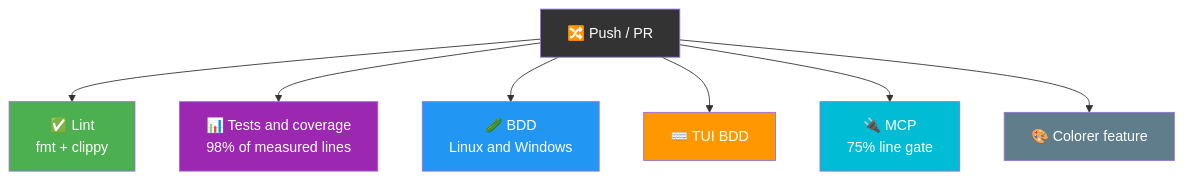
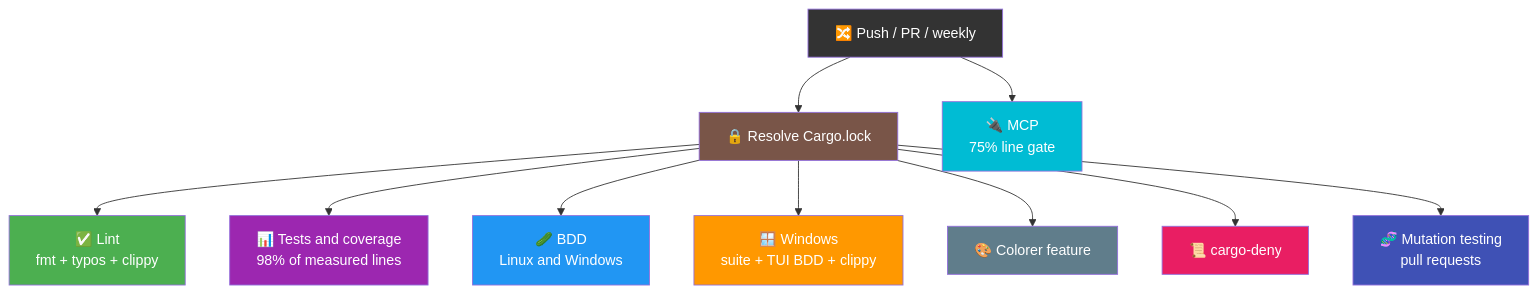
Diagram 11 of 11 in TUTORIAL.md (stden/FunnyFileManager), drawn with Mermaid before and after one commit. The commit also changed other lines of this file and 10 other files, not shown here.

````diff
--- a/TUTORIAL.md
+++ b/TUTORIAL.md
@@ -487,17 +486,23 @@
 ```mermaid
 graph TB
-    PUSH["🔀 Push / PR"] --> LINT["✅ Lint<br/>fmt + clippy"]
-    PUSH --> COVERAGE["📊 Tests and coverage<br/>98% of measured lines"]
-    PUSH --> BDD["🥒 BDD<br/>Linux and Windows"]
-    PUSH --> TUIBDD["⌨️ TUI BDD"]
+    PUSH["🔀 Push / PR / weekly"] --> LOCK["🔒 Resolve Cargo.lock"]
     PUSH --> MCP["🔌 MCP<br/>75% line gate"]
-    PUSH --> COLORER["🎨 Colorer feature"]
+    LOCK --> LINT["✅ Lint<br/>fmt + typos + clippy"]
+    LOCK --> COVERAGE["📊 Tests and coverage<br/>98% of measured lines"]
+    LOCK --> BDD["🥒 BDD<br/>Linux and Windows"]
+    LOCK --> WINDOWS["🪟 Windows<br/>suite + TUI BDD + clippy"]
+    LOCK --> COLORER["🎨 Colorer feature"]
+    LOCK --> DENY["📜 cargo-deny"]
+    LOCK --> MUTANTS["🧬 Mutation testing<br/>pull requests"]
 
     style PUSH fill:#333,color:#fff
+    style LOCK fill:#795548,color:#fff
     style LINT fill:#4caf50,color:#fff
     style COVERAGE fill:#9c27b0,color:#fff
     style BDD fill:#2196f3,color:#fff
-    style TUIBDD fill:#ff9800,color:#fff
+    style WINDOWS fill:#ff9800,color:#fff
     style MCP fill:#00bcd4,color:#fff
     style COLORER fill:#607d8b,color:#fff
+    style DENY fill:#e91e63,color:#fff
+    style MUTANTS fill:#3f51b5,color:#fff
 ```
````
